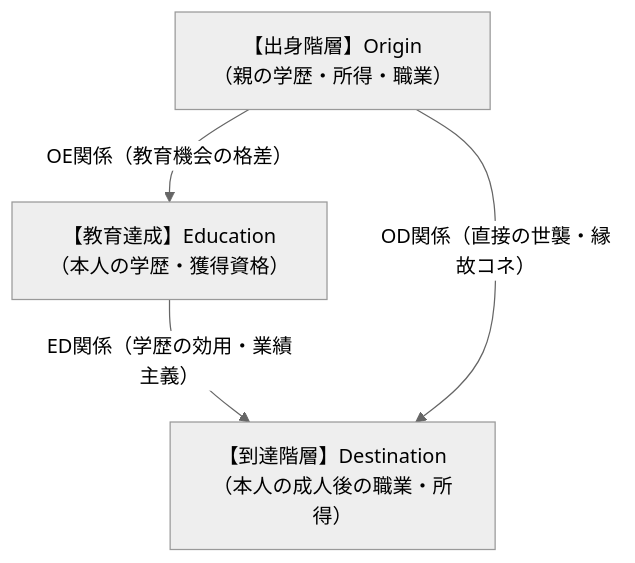
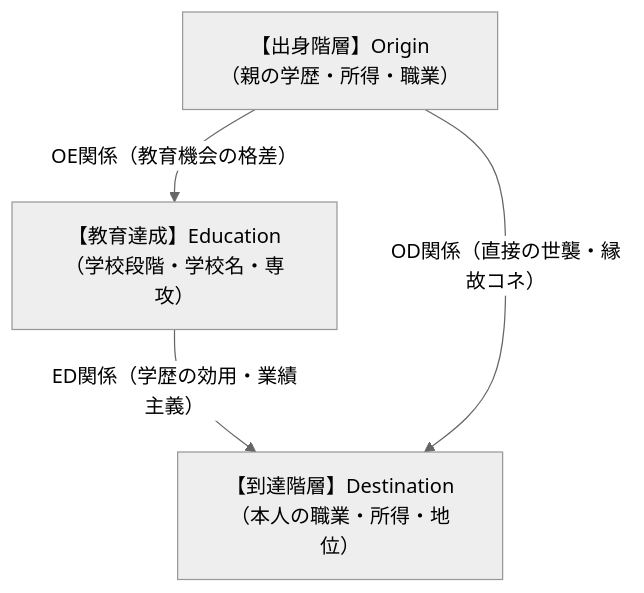
One commit to TakenoriKonaka/lec2026-Rikkyo-SoE changed the first of 2 diagrams in Selection_Stratification_slide.qmd. Above: the diagram before and after it, drawn with Mermaid (neutral theme). The commit also changed other lines of this file and 49 other files, not shown here.

````diff
--- a/Selection_Stratification_slide.qmd
+++ b/Selection_Stratification_slide.qmd
@@ -52,10 +47,10 @@
 ```mermaid
 graph TD
     O["【出身階層】Origin<br>（親の学歴・所得・職業）"]
-    E["【教育達成】Education<br>（本人の学歴・獲得資格）"]
-    D["【到達階層】Destination<br>（本人の成人後の職業・所得）"]
+    E["【教育達成】Education<br>（学校段階・学校名・専攻）"]
+    D["【到達階層】Destination<br>（本人の職業・所得・地位）"]
 
     O -->|"OE関係（教育機会の格差）"| E
     E -->|"ED関係（学歴の効用・業績主義）"| D
     O -->|"OD関係（直接の世襲・縁故コネ）"| D
 ```
````
